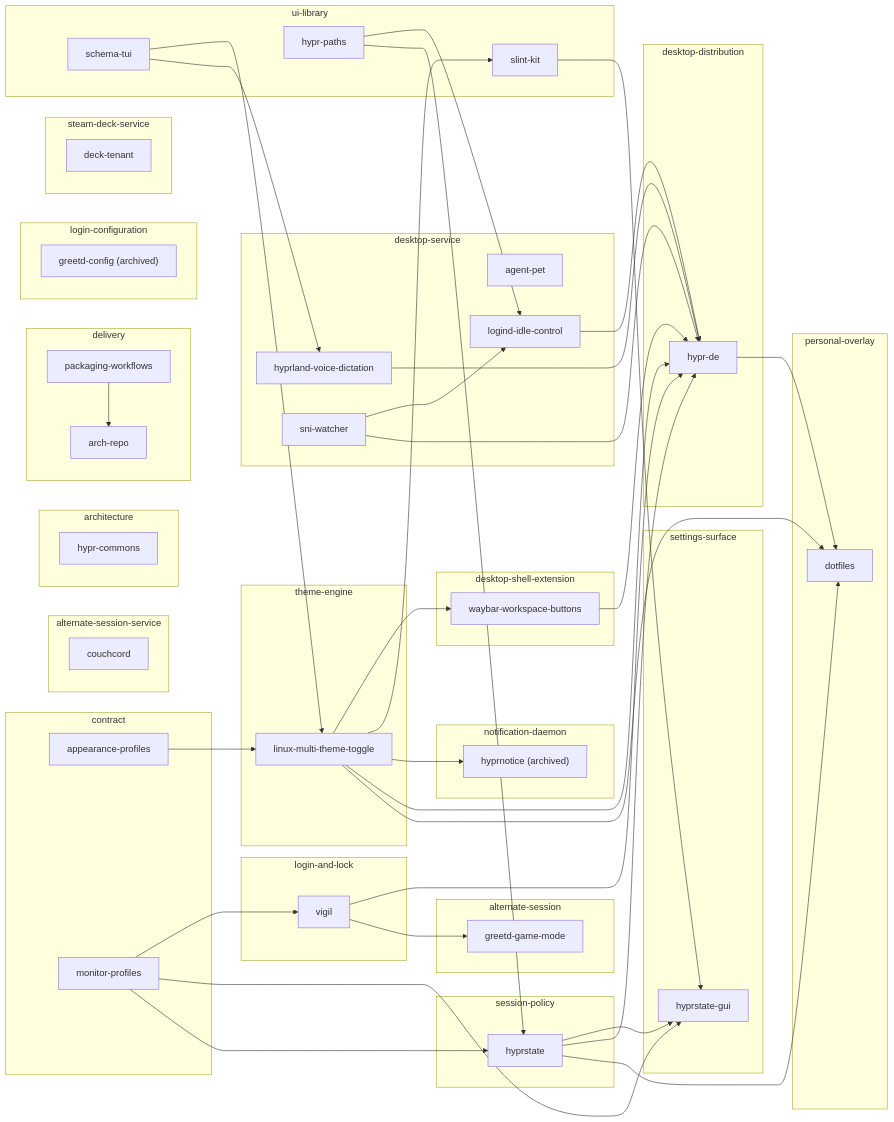
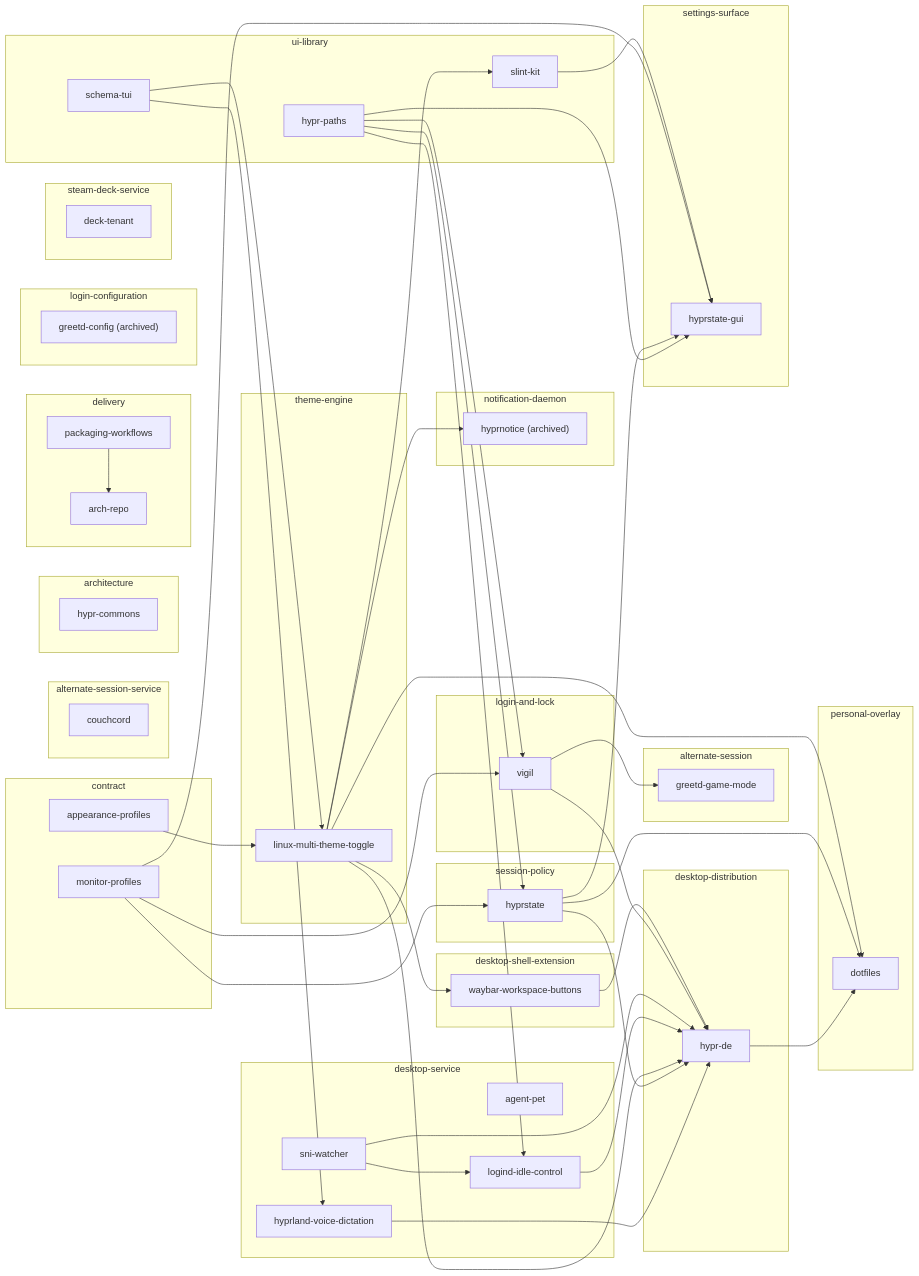
One commit to MasonRhodesDev/desktop-commons changed the diagram in docs/ECOSYSTEM.md. Above: the diagram before and after it, drawn with Mermaid. The commit also changed 4 other files, not shown here.

Commit message:
feat: record vigil and hyprstate-gui as hypr-paths consumers

````diff
--- a/docs/ECOSYSTEM.md
+++ b/docs/ECOSYSTEM.md
@@ -80,6 +80,7 @@
     repo_linux_multi_theme_toggle --> repo_hyprnotice
     repo_hypr_paths --> repo_hyprstate
     repo_monitor_profiles --> repo_hyprstate
+    repo_hypr_paths --> repo_hyprstate_gui
     repo_hyprstate --> repo_hyprstate_gui
     repo_monitor_profiles --> repo_hyprstate_gui
     repo_slint_kit --> repo_hyprstate_gui
@@ -88,6 +89,7 @@
     repo_hypr_paths --> repo_logind_idle_control
     repo_sni_watcher --> repo_logind_idle_control
     repo_linux_multi_theme_toggle --> repo_slint_kit
+    repo_hypr_paths --> repo_vigil
     repo_monitor_profiles --> repo_vigil
     repo_linux_multi_theme_toggle --> repo_waybar_workspace_buttons
 ```
````
